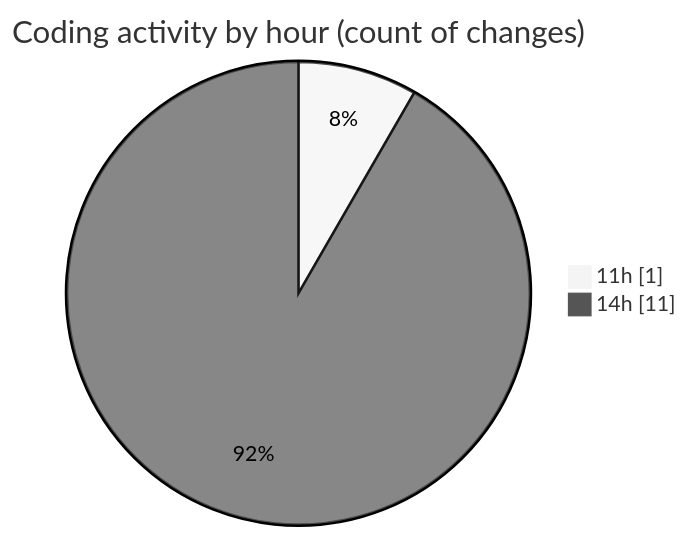
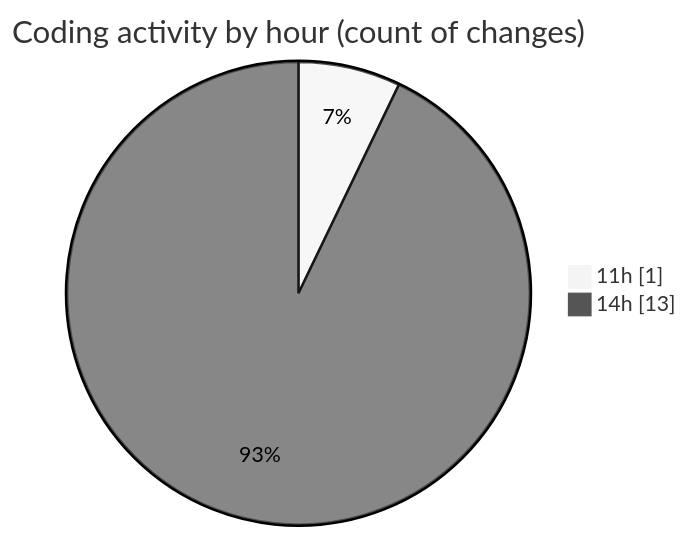
The second of 2 diagrams in 2025-12-29/budget_front_nest/README.md (igalym/code-tracking), drawn with Mermaid (neutral theme) before and after one commit. The commit also changed other lines of this file and 1 other file, not shown here.

````diff
--- a/2025-12-29/budget_front_nest/README.md
+++ b/2025-12-29/budget_front_nest/README.md
@@ -32,6 +34,6 @@
 ```mermaid
 pie showData
 title Coding activity by hour (count of changes)
 "11h" : 1
-"14h" : 11
+"14h" : 13
 ```
````
